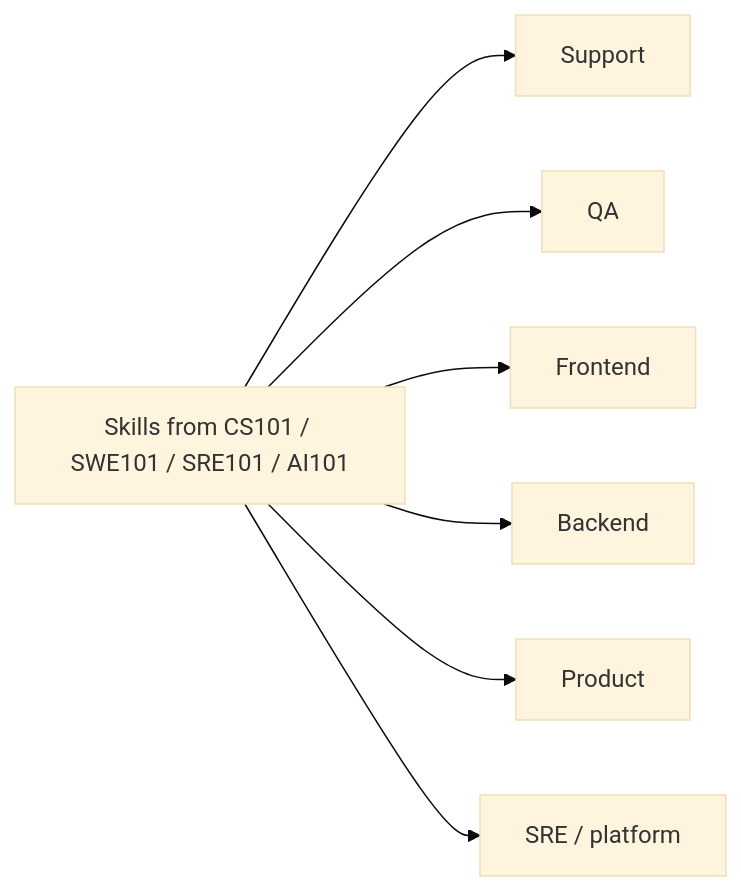
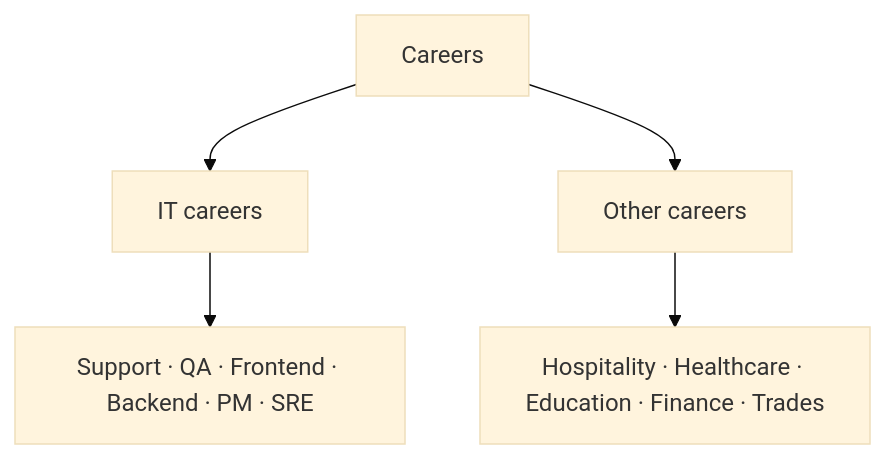
One commit to tiagoyamashita/content changed the diagram in src/content/en/careers/i-overview.md. Above: the diagram before and after it, drawn with Mermaid (base theme). The commit also changed other lines of this file and 21 other files, not shown here.

First line of the commit message:
docs(careers): I split IT and other career paths

````diff
--- a/src/content/en/careers/i-overview.md
+++ b/src/content/en/careers/i-overview.md
@@ -33,10 +19,7 @@
 ```mermaid
-flowchart LR
-  Skills[Skills from CS101 / SWE101 / SRE101 / AI101]
-  Skills --> Support
-  Skills --> QA
-  Skills --> FE[Frontend]
-  Skills --> BE[Backend]
-  Skills --> PM[Product]
-  Skills --> SRE[SRE / platform]
+flowchart TD
+  Careers[Careers] --> IT[IT careers]
+  Careers --> Other[Other careers]
+  IT --> Roles1[Support · QA · Frontend · Backend · PM · SRE]
+  Other --> Roles2[Hospitality · Healthcare · Education · Finance · Trades]
 ```
````
